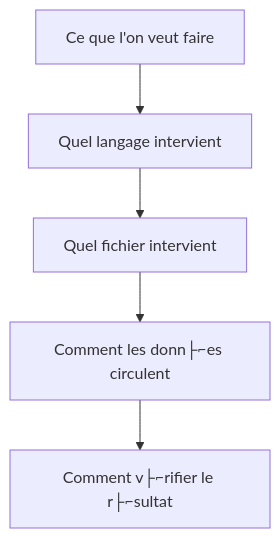
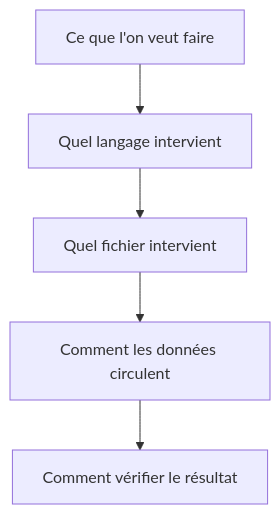
One commit to SP-MMIBdx/M2-weux-projet-dev-ux changed the sixth of 8 diagrams in docs/plan_dev.md. Above: the diagram before and after it, drawn with Mermaid. The commit also changed other lines of this file and 3 other files, not shown here.

````diff
--- a/docs/plan_dev.md
+++ b/docs/plan_dev.md
@@ -572,12 +564,12 @@
 ```mermaid
 flowchart TD
     N0["Ce que l'on veut faire"]
     N1["Quel langage intervient"]
     N2["Quel fichier intervient"]
-    N3["Comment les donn├⌐es circulent"]
-    N4["Comment v├⌐rifier le r├⌐sultat"]
+    N3["Comment les données circulent"]
+    N4["Comment vérifier le résultat"]
     N0 --> N1
     N1 --> N2
     N2 --> N3
     N3 --> N4
 ```
````
